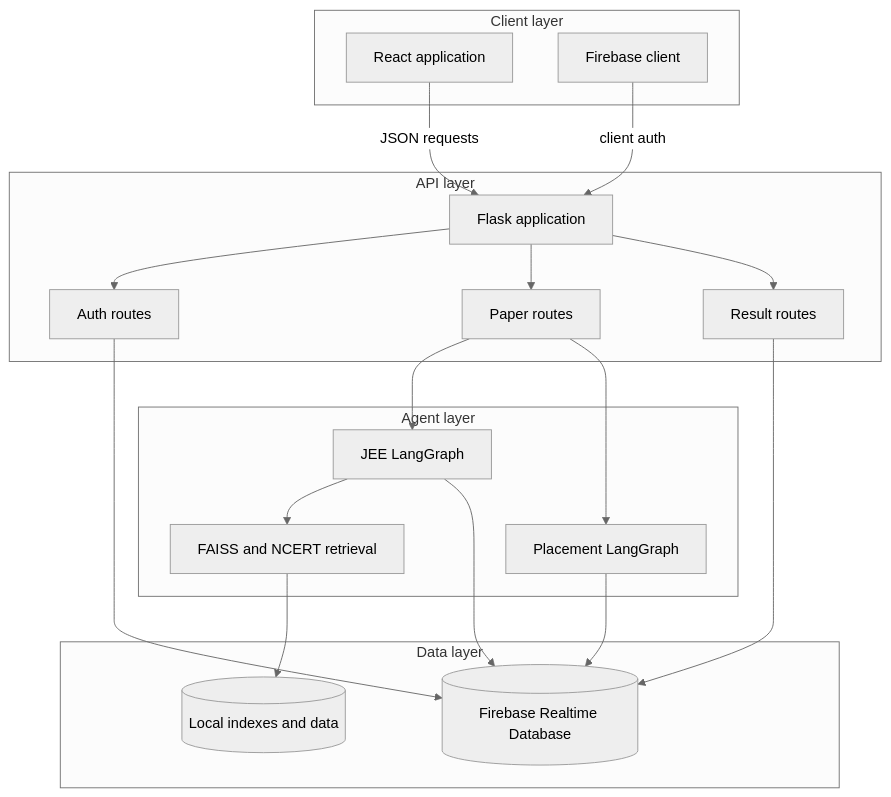
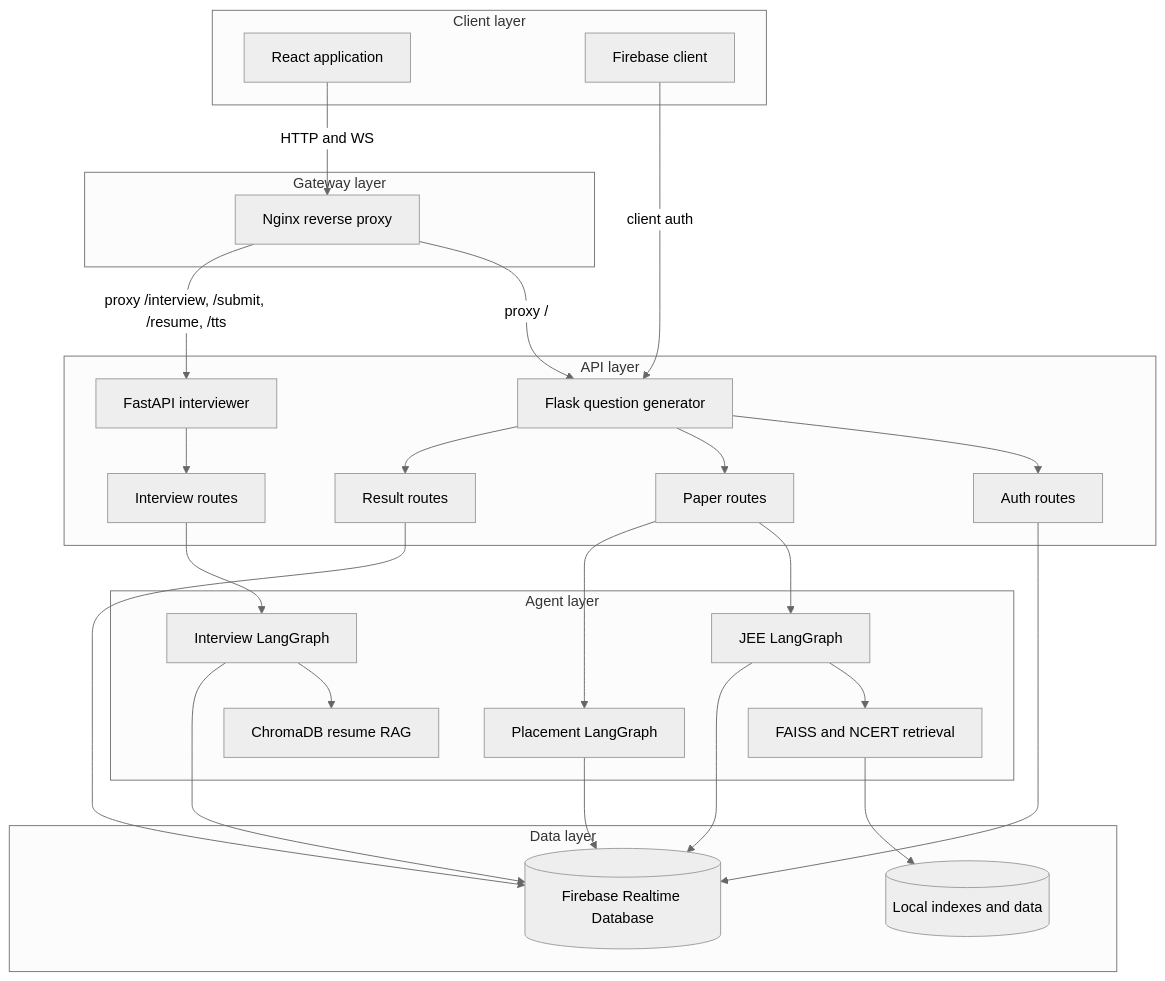
The diagram in docs/architecture.md (sujalgawas/JEE_question_generator), drawn with Mermaid (neutral theme) before and after one commit. The commit also changed other lines of this file and 8 other files, not shown here.

````diff
--- a/docs/architecture.md
+++ b/docs/architecture.md
@@ -8,35 +9,48 @@
 ```mermaid
 flowchart TD
     subgraph ClientLayer["Client layer"]
         ReactApp["React application"]
         FirebaseClient["Firebase client"]
     end
+    subgraph GatewayLayer["Gateway layer"]
+        NginxGateway["Nginx reverse proxy"]
+    end
     subgraph ApiLayer["API layer"]
-        FlaskApp["Flask application"]
+        FlaskApp["Flask question generator"]
+        FastApiApp["FastAPI interviewer"]
         AuthRoutes["Auth routes"]
         PaperRoutes["Paper routes"]
         ResultRoutes["Result routes"]
+        InterviewRoutes["Interview routes"]
     end
     subgraph AgentLayer["Agent layer"]
         JeeAgent["JEE LangGraph"]
         PlacementAgent["Placement LangGraph"]
+        InterviewerAgent["Interview LangGraph"]
         Retrieval["FAISS and NCERT retrieval"]
+        ChromaRAG["ChromaDB resume RAG"]
     end
     subgraph DataLayer["Data layer"]
         RealtimeDb[("Firebase Realtime Database")]
         LocalData[("Local indexes and data")]
     end
-    ReactApp -->|"JSON requests"| FlaskApp
+    ReactApp -->|"HTTP and WS"| NginxGateway
     FirebaseClient -->|"client auth"| FlaskApp
+    NginxGateway -->|"proxy /"| FlaskApp
+    NginxGateway -->|"proxy /interview, /submit, /resume, /tts"| FastApiApp
     FlaskApp --> AuthRoutes
     FlaskApp --> PaperRoutes
     FlaskApp --> ResultRoutes
+    FastApiApp --> InterviewRoutes
     PaperRoutes --> JeeAgent
     PaperRoutes --> PlacementAgent
+    InterviewRoutes --> InterviewerAgent
     JeeAgent --> Retrieval
     Retrieval --> LocalData
+    InterviewerAgent --> ChromaRAG
     AuthRoutes --> RealtimeDb
     JeeAgent --> RealtimeDb
     PlacementAgent --> RealtimeDb
     ResultRoutes --> RealtimeDb
+    InterviewerAgent --> RealtimeDb
 ```
````
